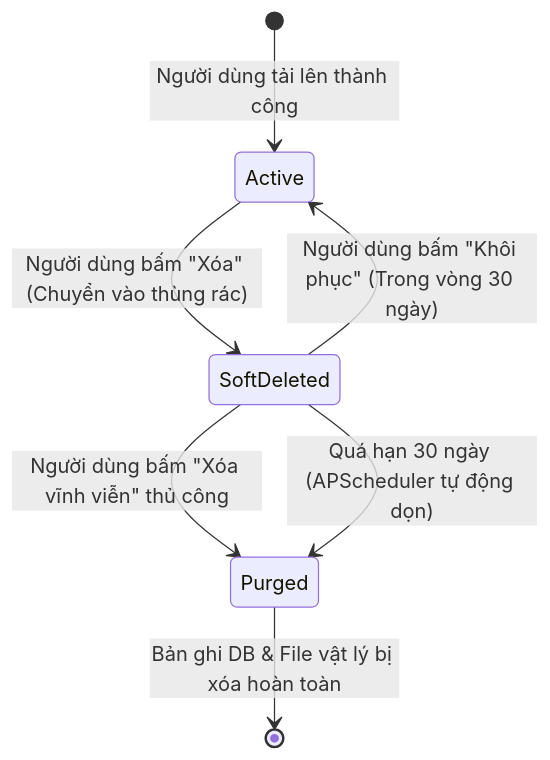
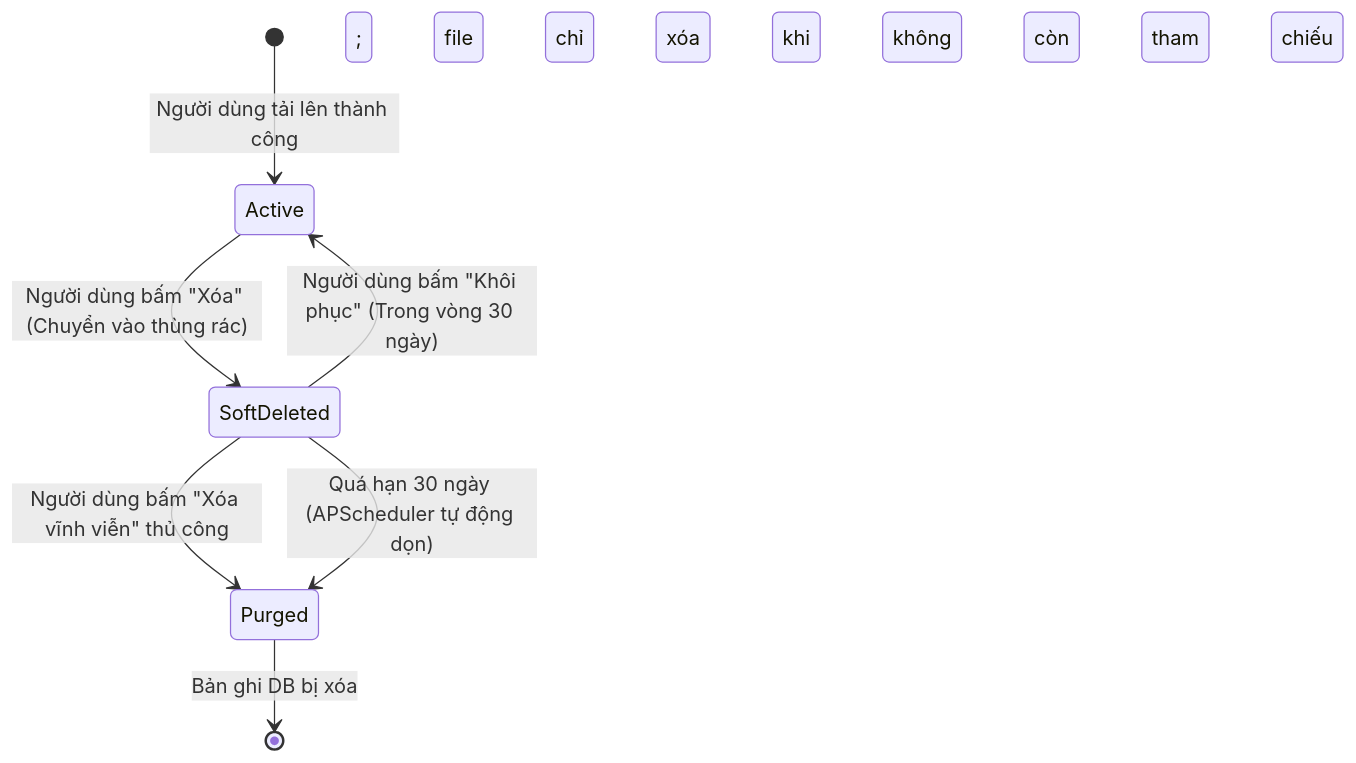
Before and after one commit to Nguyen06-CSE/Foundation-Project: the first of 2 diagrams in docs/requirements/use-cases/UC05_TRASH_LIFECYCLE_AND_PURGE.md, drawn with Mermaid. The commit also changed other lines of this file and 6 other files, not shown here.

````diff
--- a/docs/requirements/use-cases/UC05_TRASH_LIFECYCLE_AND_PURGE.md
+++ b/docs/requirements/use-cases/UC05_TRASH_LIFECYCLE_AND_PURGE.md
@@ -22,9 +22,9 @@
 ```mermaid
 stateDiagram-v2
     [*] --> Active: Người dùng tải lên thành công
     Active --> SoftDeleted: Người dùng bấm "Xóa" (Chuyển vào thùng rác)
     SoftDeleted --> Active: Người dùng bấm "Khôi phục" (Trong vòng 30 ngày)
     SoftDeleted --> Purged: Người dùng bấm "Xóa vĩnh viễn" thủ công
     SoftDeleted --> Purged: Quá hạn 30 ngày (APScheduler tự động dọn)
-    Purged --> [*]: Bản ghi DB & File vật lý bị xóa hoàn toàn
+    Purged --> [*]: Bản ghi DB bị xóa; file chỉ xóa khi không còn tham chiếu
 ```
````
